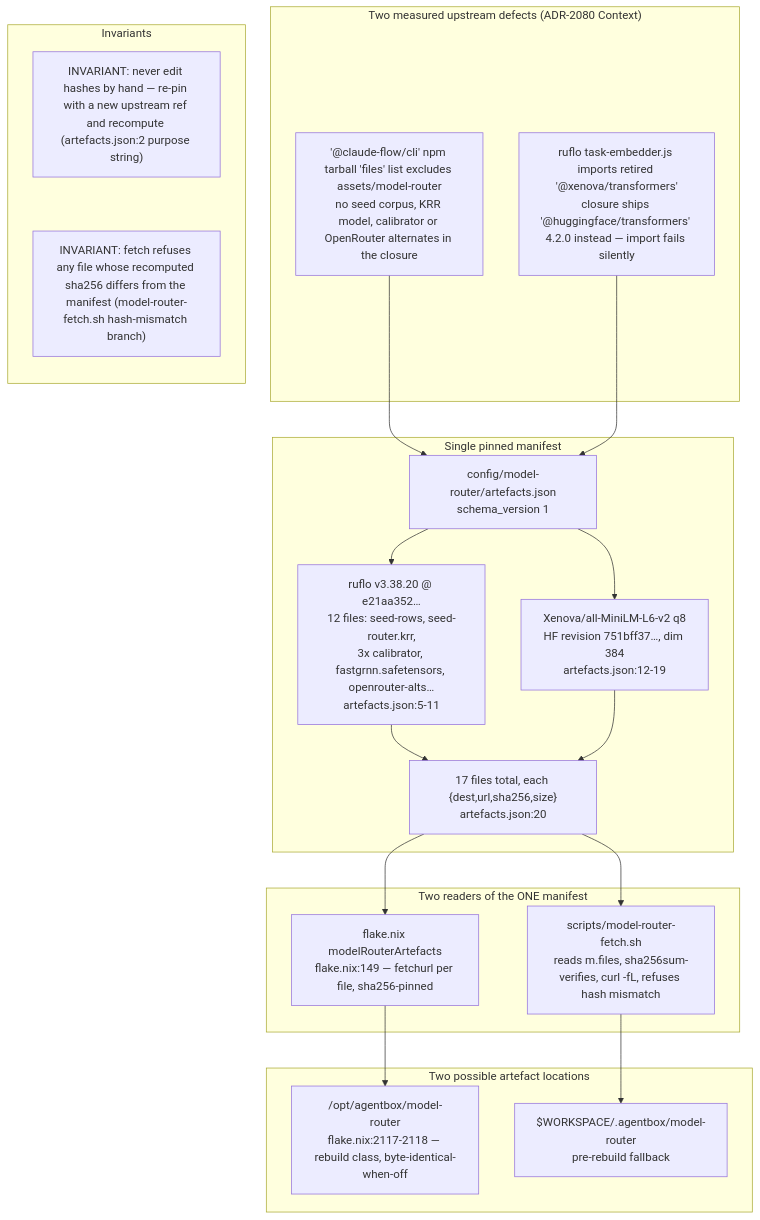
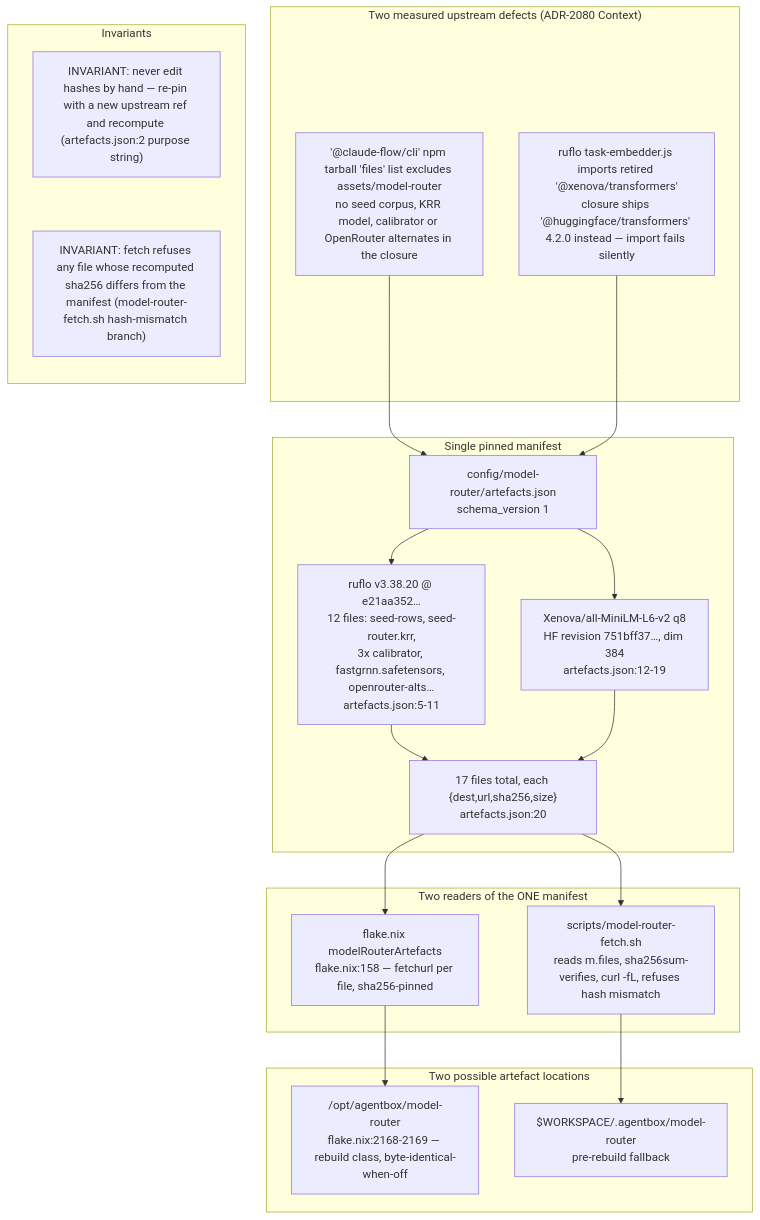
The first of 9 diagrams in docs/diagrams/agentbox/29-metaharness-router-console.md (DreamLab-AI/VisionFlow), drawn with Mermaid before and after one commit. The commit also changed other lines of this file and 80 other files, not shown here.

First line of the commit message:
docs(diagrams): re-verify the agentbox, dreamlab, estate and visionflow corpus against current sources

````diff
--- a/docs/diagrams/agentbox/29-metaharness-router-console.md
+++ b/docs/diagrams/agentbox/29-metaharness-router-console.md
@@ -28,33 +28,33 @@
 ```mermaid
 flowchart TB
     subgraph gap["Two measured upstream defects (ADR-2080 Context)"]
         T1["'@claude-flow/cli' npm tarball 'files' list excludes assets/model-router<br/>no seed corpus, KRR model, calibrator or OpenRouter alternates in the closure"]
         T2["ruflo task-embedder.js imports retired '@xenova/transformers'<br/>closure ships '@huggingface/transformers' 4.2.0 instead — import fails silently"]
     end
     subgraph manifest["Single pinned manifest"]
         ART["config/model-router/artefacts.json<br/>schema_version 1"]
         RUFLO["ruflo v3.38.20 @ e21aa352…<br/>12 files: seed-rows, seed-router.krr,<br/>3x calibrator, fastgrnn.safetensors, openrouter-alts…<br/>artefacts.json:5-11"]
         EMB["Xenova/all-MiniLM-L6-v2 q8<br/>HF revision 751bff37…, dim 384<br/>artefacts.json:12-19"]
         FILES["17 files total, each {dest,url,sha256,size}<br/>artefacts.json:20"]
     end
     subgraph readers["Two readers of the ONE manifest"]
-        NIX["flake.nix modelRouterArtefacts<br/>flake.nix:149 — fetchurl per file, sha256-pinned"]
+        NIX["flake.nix modelRouterArtefacts<br/>flake.nix:158 — fetchurl per file, sha256-pinned"]
         FETCH["scripts/model-router-fetch.sh<br/>reads m.files, sha256sum-verifies, curl -fL, refuses hash mismatch"]
     end
     subgraph outputs["Two possible artefact locations"]
-        BAKED["/opt/agentbox/model-router<br/>flake.nix:2117-2118 — rebuild class, byte-identical-when-off"]
+        BAKED["/opt/agentbox/model-router<br/>flake.nix:2168-2169 — rebuild class, byte-identical-when-off"]
         FALLBACK["$WORKSPACE/.agentbox/model-router<br/>pre-rebuild fallback"]
     end
     T1 --> ART
     T2 --> ART
     ART --> RUFLO --> FILES
     ART --> EMB --> FILES
     FILES --> NIX --> BAKED
     FILES --> FETCH --> FALLBACK
     subgraph notes["Invariants"]
         direction TB
         N1["INVARIANT: never edit hashes by hand — re-pin with a new upstream ref and recompute (artefacts.json:2 purpose string)"]
         N2["INVARIANT: fetch refuses any file whose recomputed sha256 differs from the manifest (model-router-fetch.sh hash-mismatch branch)"]
         N1 ~~~ N2
     end
 ```
````
